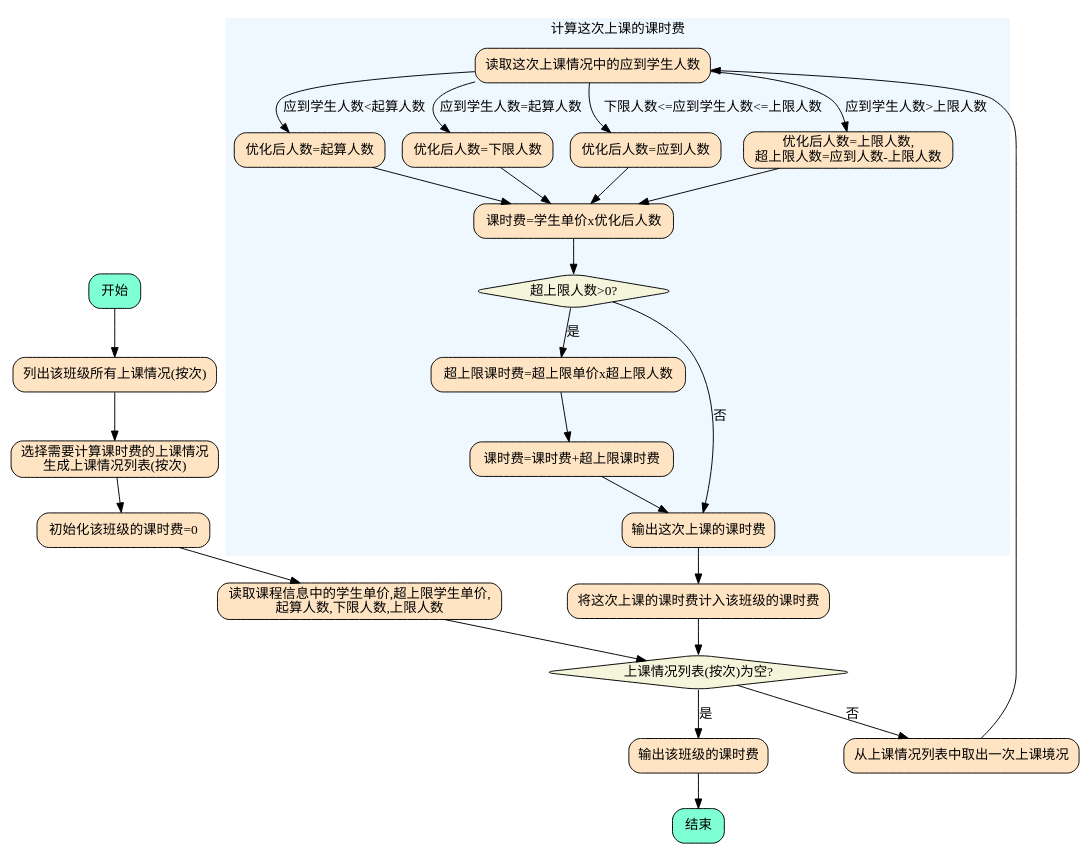
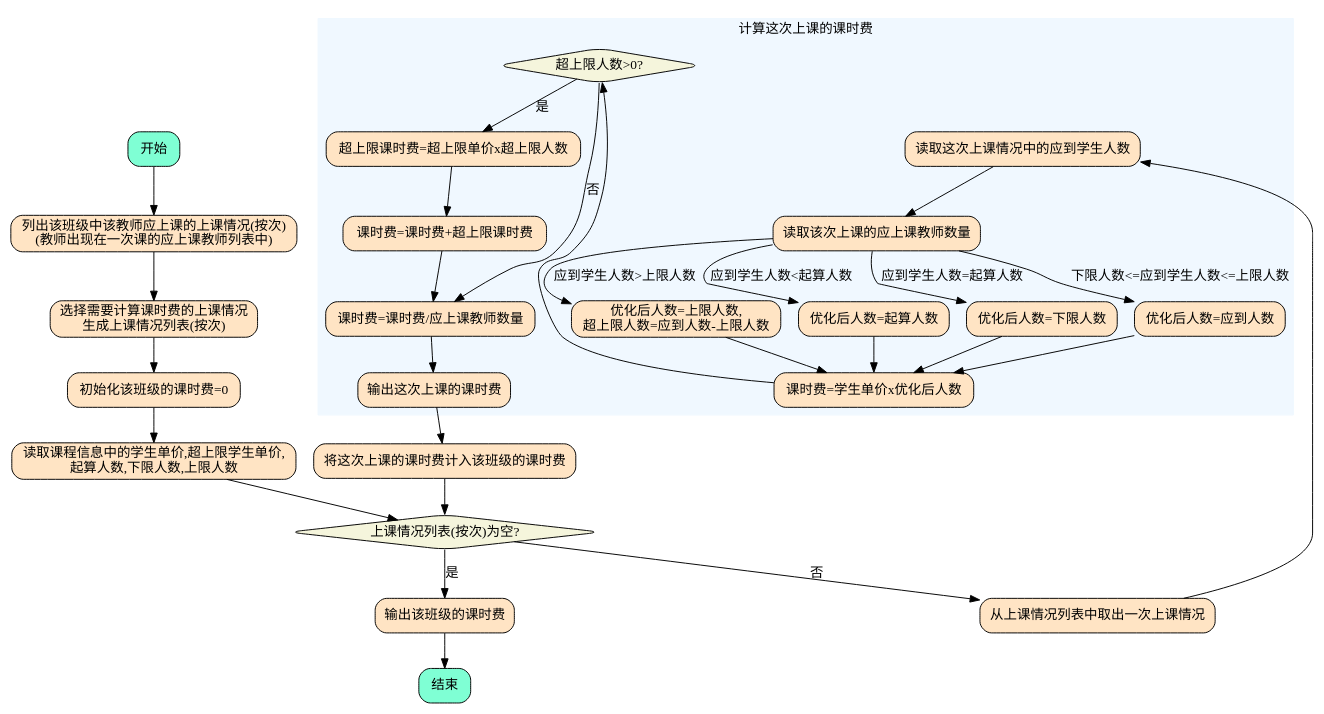
Before and after one commit to diandian888/mx-requirements: the diagram in management-system/hr/pay/pay-for-class/svg/02.dot, drawn with Graphviz. The commit also changed 3 other files, not shown here.

```diff
--- a/management-system/hr/pay/pay-for-class/svg/02.dot
+++ b/management-system/hr/pay/pay-for-class/svg/02.dot
@@ -1,66 +1,69 @@
 digraph {
     node [shape="box", style="rounded,filled", fillcolor="aquamarine"]
         start[label="开始"];
         end[label="结束"];
 
     node [shape="box", style="rounded,filled", fillcolor="bisque"]
-        s1[label="列出该班级所有上课情况(按次)"];
+        s1[label="列出该班级中该教师应上课的上课情况(按次)\n(教师出现在一次课的应上课教师列表中)"];
         s2[label="选择需要计算课时费的上课情况\n生成上课情况列表(按次)"];
         s3[label="初始化该班级的课时费=0"];
         s4[label="读取课程信息中的学生单价,超上限学生单价,\n起算人数,下限人数,上限人数"];
-        s_c1_y_1[label="输出该班级的课时费"];
-        s_c1_n_1[label="从上课情况列表中取出一次上课境况"];
-        s_c1_n_2[label="将这次上课的课时费计入该班级的课时费"];
+        s_c1_y1[label="输出该班级的课时费"];
+        s_c1_n1[label="从上课情况列表中取出一次上课情况"];
+        s_c1_n2[label="将这次上课的课时费计入该班级的课时费"];
     
     node [shape="diamond", style="rounded,filled", fillcolor="beige"]
         c1[label="上课情况列表(按次)为空?"];
 
     subgraph cluster1 {
         label="计算这次上课的课时费";
         style="filled";
         color="aliceblue";
 
         node [shape="box", style="rounded,filled", fillcolor="bisque"]
             sub1_s1[label="读取这次上课情况中的应到学生人数"];
-            sub1_s2_a[label="优化后人数=起算人数"];
-            sub1_s2_b[label="优化后人数=下限人数"];
-            sub1_s2_c[label="优化后人数=应到人数"];
-            sub1_s2_d[label="优化后人数=上限人数,\n超上限人数=应到人数-上限人数"];
-            sub1_s3[label="课时费=学生单价x优化后人数"];
-            sub1_c1_y_1[label="超上限课时费=超上限单价x超上限人数"];
-            sub1_c1_y_2[label="课时费=课时费+超上限课时费"];
-            sub1_s4[label="输出这次上课的课时费"];
+            sub1_s2[label="读取该次上课的应上课教师数量"];
+            sub1_s3_a[label="优化后人数=起算人数"];
+            sub1_s3_b[label="优化后人数=下限人数"];
+            sub1_s3_c[label="优化后人数=应到人数"];
+            sub1_s3_d[label="优化后人数=上限人数,\n超上限人数=应到人数-上限人数"];
+            sub1_s4[label="课时费=学生单价x优化后人数"];
+            sub1_c1_y1[label="超上限课时费=超上限单价x超上限人数"];
+            sub1_c1_y2[label="课时费=课时费+超上限课时费"];
+            sub1_s5[label="课时费=课时费/应上课教师数量"];
+            sub1_s6[label="输出这次上课的课时费"];
         
         node [shape="diamond", style="rounded,filled", fillcolor="beige"]
             sub1_c1[label="超上限人数>0?"];
 
-        sub1_s1 -> sub1_s2_a[label="应到学生人数<起算人数"];
-        sub1_s1 -> sub1_s2_b[label="应到学生人数=起算人数"];
-        sub1_s1 -> sub1_s2_c[label="下限人数<=应到学生人数<=上限人数"];
-        sub1_s1 -> sub1_s2_d[label="应到学生人数>上限人数"];
-        sub1_s2_a -> sub1_s3;
-        sub1_s2_b -> sub1_s3;
-        sub1_s2_c -> sub1_s3;
-        sub1_s2_d -> sub1_s3;
+        sub1_s1 -> sub1_s2;
+        sub1_s2 -> sub1_s3_a[label="应到学生人数<起算人数"];
+        sub1_s2 -> sub1_s3_b[label="应到学生人数=起算人数"];
+        sub1_s2 -> sub1_s3_c[label="下限人数<=应到学生人数<=上限人数"];
+        sub1_s2 -> sub1_s3_d[label="应到学生人数>上限人数"];
+        sub1_s3_a -> sub1_s4;
+        sub1_s3_b -> sub1_s4;
+        sub1_s3_c -> sub1_s4;
+        sub1_s3_d -> sub1_s4;
 
-        sub1_s3 -> sub1_c1;
-        sub1_c1 -> sub1_c1_y_1[label="是"];
-        sub1_c1 -> sub1_s4[label="否"];
+        sub1_s4 -> sub1_c1;
+        sub1_c1 -> sub1_c1_y1[label="是"];
+        sub1_c1 -> sub1_s5[label="否"];
 
-        sub1_c1_y_1 -> sub1_c1_y_2 -> sub1_s4;
+        sub1_c1_y1 -> sub1_c1_y2 -> sub1_s5
+        sub1_s5 -> sub1_s6;
 
-        {rank=same sub1_s2_a sub1_s2_b sub1_s2_c sub1_s2_d}
+        {rank=same sub1_s3_a sub1_s3_b sub1_s3_c sub1_s3_d}
         {rank=max sub1_s4}
     }
-    start -> s1 -> s2 -> s3 -> s4;
-    s4 -> c1;
+    start -> s1 -> s2 -> s3 -> s4 -> c1;
 
-    c1 -> s_c1_y_1[label="是"];
-    c1 -> s_c1_n_1[label="否"];
+    c1 -> s_c1_y1[label="是"];
+    c1 -> s_c1_n1[label="否"];
 
-    s_c1_y_1 -> end;
-    s_c1_n_1 -> sub1_s1;
+    s_c1_y1 -> end;
+    s_c1_n1 -> sub1_s1;
 
-    sub1_s4 -> s_c1_n_2;
-    s_c1_n_2 -> c1; 
+    sub1_s6 -> s_c1_n2;
+    s_c1_n2 -> c1; 
 }
```
